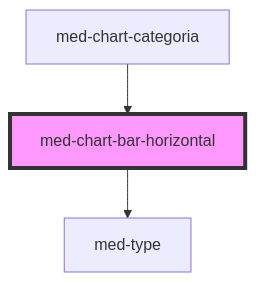
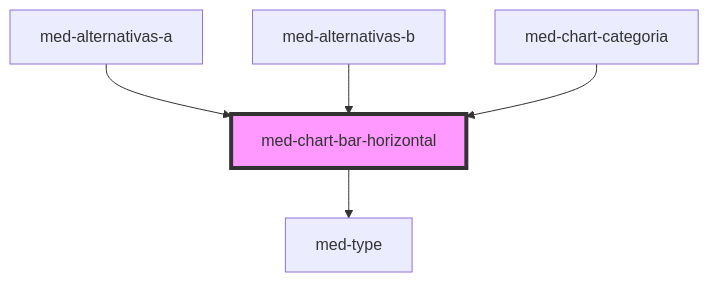
One commit to MEDGRUPOGIT/ionic-framework-1 changed the diagram in core/src/components/@medgrupo/core/med-chart-bar-horizontal/readme.md. Above: the diagram before and after it, drawn with Mermaid. The commit also changed other lines of this file and 291 other files, not shown here.

````diff
--- a/core/src/components/@medgrupo/core/med-chart-bar-horizontal/readme.md
+++ b/core/src/components/@medgrupo/core/med-chart-bar-horizontal/readme.md
@@ -35,6 +37,8 @@
 ```mermaid
 graph TD;
   med-chart-bar-horizontal --> med-type
+  med-alternativas-a --> med-chart-bar-horizontal
+  med-alternativas-b --> med-chart-bar-horizontal
   med-chart-categoria --> med-chart-bar-horizontal
   style med-chart-bar-horizontal fill:#f9f,stroke:#333,stroke-width:4px
 ```
````
